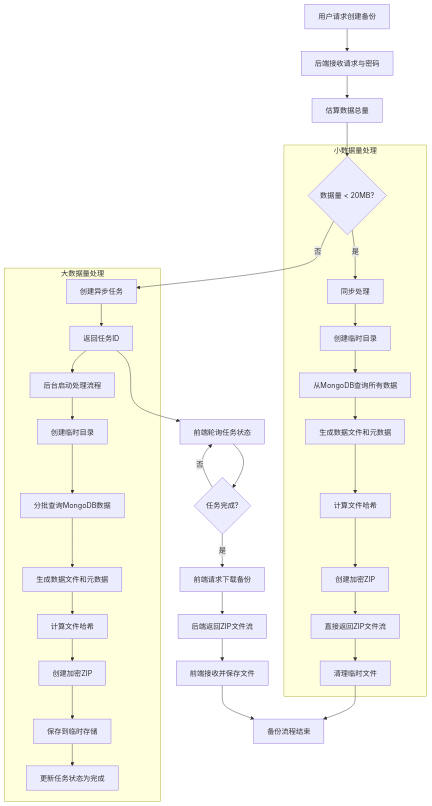
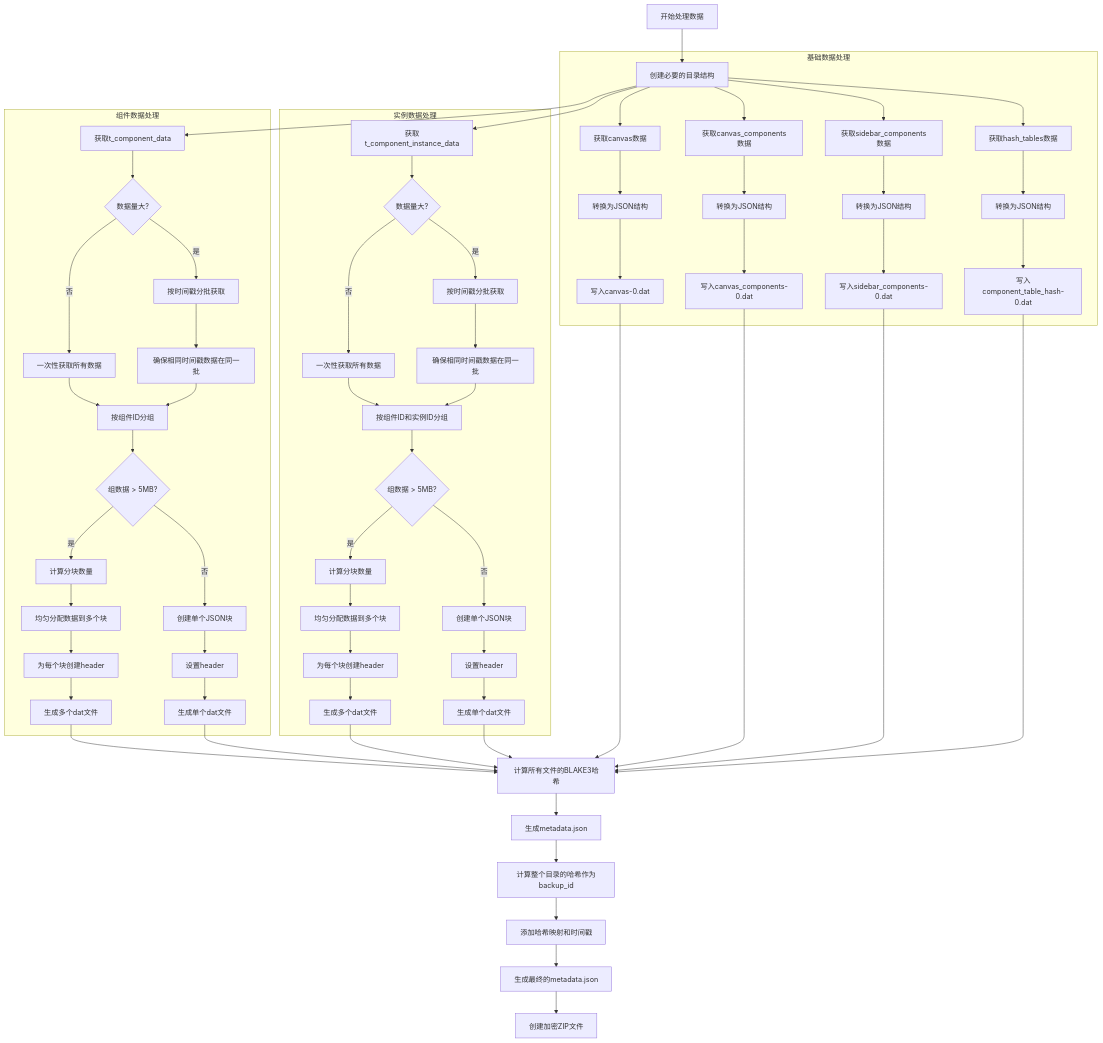
One commit to yingjianzh/iodraw-files changed the diagram in all/未命名-61.md. Above: the diagram before and after it, drawn with Mermaid.

Commit message:
2025-05-15 17:29:26 update

````diff
--- a/all/未命名-61.md
+++ b/all/未命名-61.md
@@ -1,43 +1,82 @@
 ```mermaid
 flowchart TD
-    A[用户请求创建备份] --> B[后端接收请求与密码]
-    B --> C[估算数据总量]
+    A[开始处理数据] --> B[创建必要的目录结构]
     
-    C --> D{数据量 < 20MB?}
-    
-    subgraph 小数据量处理
-        D -->|是| E1[同步处理]
-        E1 --> F1[创建临时目录]
-        F1 --> G1[从MongoDB查询所有数据]
-        G1 --> H1[生成数据文件和元数据]
-        H1 --> I1[计算文件哈希]
-        I1 --> J1[创建加密ZIP]
-        J1 --> K1[直接返回ZIP文件流]
-        K1 --> L1[清理临时文件]
+    subgraph 基础数据处理
+        B --> C1[获取canvas数据]
+        C1 --> D1[转换为JSON结构]
+        D1 --> E1[写入canvas-0.dat]
+        
+        B --> C2[获取canvas_components数据]
+        C2 --> D2[转换为JSON结构]
+        D2 --> E2[写入canvas_components-0.dat]
+        
+        B --> C3[获取sidebar_components数据]
+        C3 --> D3[转换为JSON结构]
+        D3 --> E3[写入sidebar_components-0.dat]
+        
+        B --> C4[获取hash_tables数据]
+        C4 --> D4[转换为JSON结构]
+        D4 --> E4[写入component_table_hash-0.dat]
     end
     
-    subgraph 大数据量处理
-        D -->|否| E2[创建异步任务]
-        E2 --> F2[返回任务ID]
-        F2 --> G2[后台启动处理流程]
+    subgraph 组件数据处理
+        B --> F[获取t_component_data]
+        F --> G{数据量大?}
         
-        G2 --> H2[创建临时目录]
-        H2 --> I2[分批查询MongoDB数据]
-        I2 --> J2[生成数据文件和元数据]
-        J2 --> K2[计算文件哈希]
-        K2 --> L2[创建加密ZIP]
-        L2 --> M2[保存到临时存储]
-        M2 --> N2[更新任务状态为完成]
+        G -->|否| H1[一次性获取所有数据]
+        G -->|是| H2[按时间戳分批获取]
+        H2 --> I[确保相同时间戳数据在同一批]
+        
+        H1 --> J[按组件ID分组]
+        I --> J
+        
+        J --> K{组数据 > 5MB?}
+        K -->|是| L1[计算分块数量]
+        L1 --> M1[均匀分配数据到多个块]
+        M1 --> N1[为每个块创建header]
+        N1 --> O1[生成多个dat文件]
+        
+        K -->|否| L2[创建单个JSON块]
+        L2 --> M2[设置header]
+        M2 --> N2[生成单个dat文件]
     end
     
-    F2 --> O[前端轮询任务状态]
-    O --> P{任务完成?}
-    P -->|否| O
+    subgraph 实例数据处理
+        B --> P[获取t_component_instance_data]
+        P --> Q{数据量大?}
+        
+        Q -->|否| R1[一次性获取所有数据]
+        Q -->|是| R2[按时间戳分批获取]
+        R2 --> S[确保相同时间戳数据在同一批]
+        
+        R1 --> T[按组件ID和实例ID分组]
+        S --> T
+        
+        T --> U{组数据 > 5MB?}
+        U -->|是| V1[计算分块数量]
+        V1 --> W1[均匀分配数据到多个块]
+        W1 --> X1[为每个块创建header]
+        X1 --> Y1[生成多个dat文件]
+        
+        U -->|否| V2[创建单个JSON块]
+        V2 --> W2[设置header]
+        W2 --> X2[生成单个dat文件]
+    end
     
-    P -->|是| Q[前端请求下载备份]
-    Q --> R[后端返回ZIP文件流]
-    R --> S[前端接收并保存文件]
+    O1 --> Z[计算所有文件的BLAKE3哈希]
+    N2 --> Z
+    Y1 --> Z
+    X2 --> Z
+    E1 --> Z
+    E2 --> Z
+    E3 --> Z
+    E4 --> Z
     
-    L1 --> T[备份流程结束]
-    S --> T
+    Z --> AA[生成metadata.json]
+    AA --> AB[计算整个目录的哈希作为backup_id]
+    AB --> AC[添加哈希映射和时间戳]
+    AC --> AD[生成最终的metadata.json]
+    
+    AD --> AE[创建加密ZIP文件]
 ```
````
